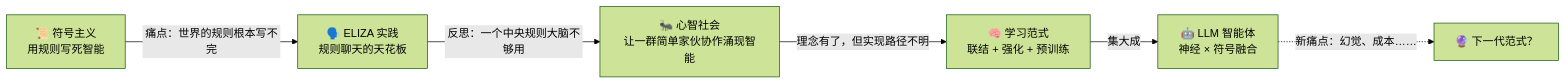
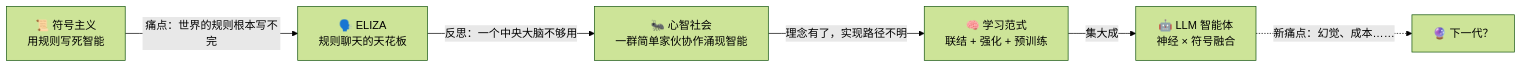
Before and after one commit to julietavalentinahe-ai/hello-agents-notes-: the first of 3 diagrams in Task02.md, drawn with Mermaid (forest theme). The commit also changed other lines of this file, not shown here.

````diff
--- a/Task02.md
+++ b/Task02.md
@@ -6,8 +7,8 @@
 ```mermaid
 flowchart LR
-  A["📜 符号主义<br/>用规则写死智能"] -->|"痛点：世界的规则根本写不完"| B["🗣️ ELIZA 实践<br/>规则聊天的天花板"]
-  B -->|"反思：一个中央规则大脑不够用"| C["🐜 心智社会<br/>让一群简单家伙协作涌现智能"]
-  C -->|"理念有了，但实现路径不明"| D["🧠 学习范式<br/>联结 + 强化 + 预训练"]
+  A["📜 符号主义<br/>用规则写死智能"] -->|"痛点：世界的规则根本写不完"| B["🗣️ ELIZA<br/>规则聊天的天花板"]
+  B -->|"反思：一个中央大脑不够用"| C["🐜 心智社会<br/>一群简单家伙协作涌现智能"]
+  C -->|"理念有了，实现路径不明"| D["🧠 学习范式<br/>联结 + 强化 + 预训练"]
   D -->|"集大成"| E["🤖 LLM 智能体<br/>神经 × 符号融合"]
-  E -.->|"新痛点：幻觉、成本……"| F["🔮 下一代范式？"]
+  E -.->|"新痛点：幻觉、成本……"| F["🔮 下一代？"]
 ```
````
